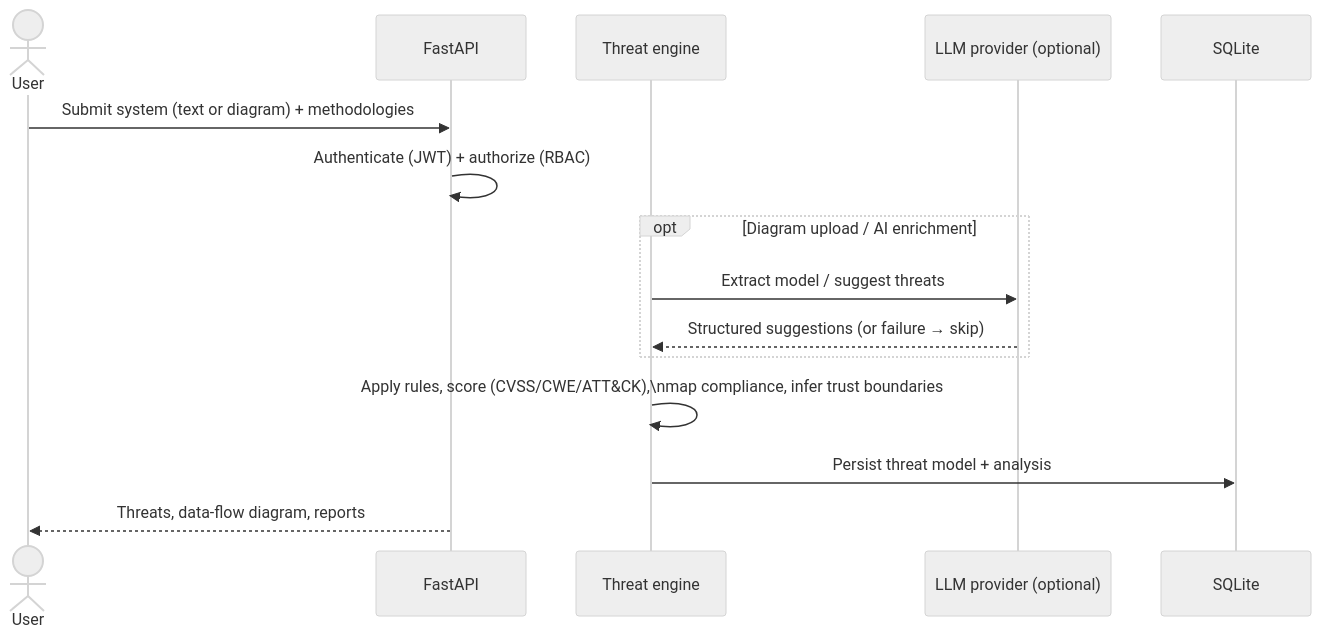
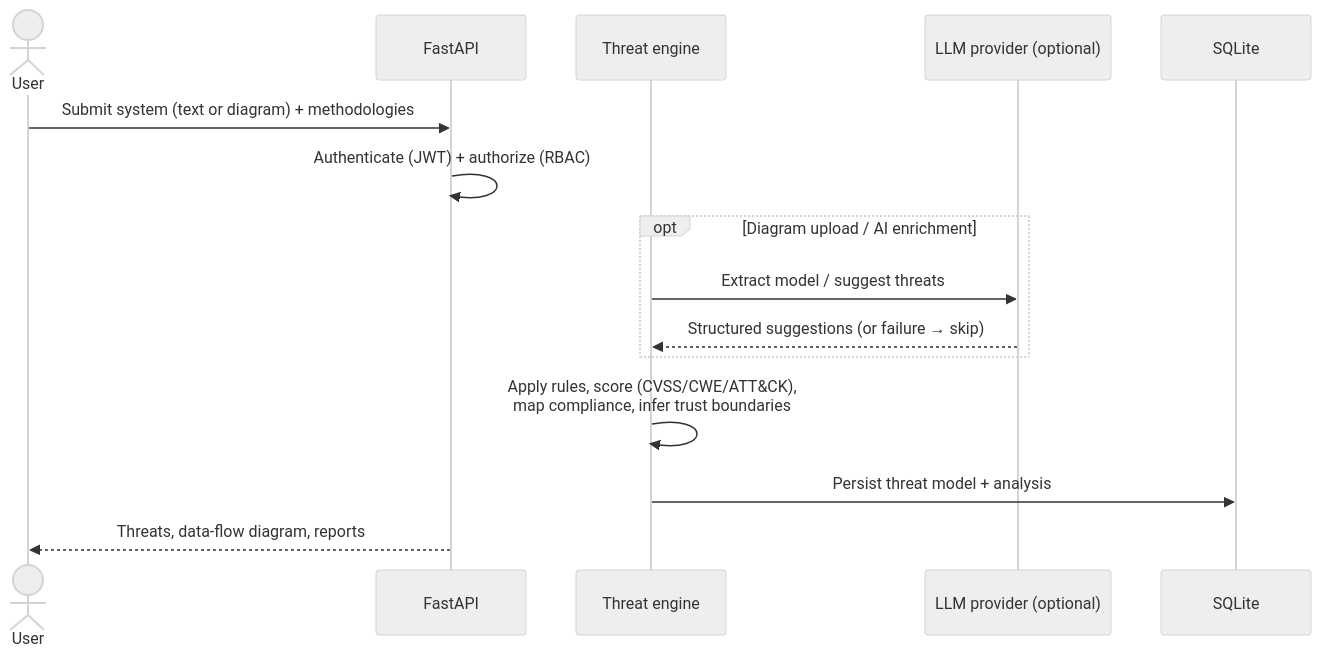
The second of 4 diagrams in ARCHITECTURE.md (rootabhi1/ThreatGuard), drawn with Mermaid (neutral theme) before and after one commit. The commit also changed other lines of this file and 1 other file, not shown here.

First line of the commit message:
docs: fix Mermaid line breaks (\n -> <br>) in architecture diagrams

````diff
--- a/ARCHITECTURE.md
+++ b/ARCHITECTURE.md
@@ -50,18 +50,18 @@
 ```mermaid
 sequenceDiagram
     actor User
     participant API as FastAPI
     participant Eng as Threat engine
     participant LLM as LLM provider (optional)
     participant DB as SQLite
 
     User->>API: Submit system (text or diagram) + methodologies
     API->>API: Authenticate (JWT) + authorize (RBAC)
     opt Diagram upload / AI enrichment
         Eng->>LLM: Extract model / suggest threats
         LLM-->>Eng: Structured suggestions (or failure → skip)
     end
-    Eng->>Eng: Apply rules, score (CVSS/CWE/ATT&CK),\nmap compliance, infer trust boundaries
+    Eng->>Eng: Apply rules, score (CVSS/CWE/ATT&CK),<br>map compliance, infer trust boundaries
     Eng->>DB: Persist threat model + analysis
     API-->>User: Threats, data-flow diagram, reports
 ```
````
